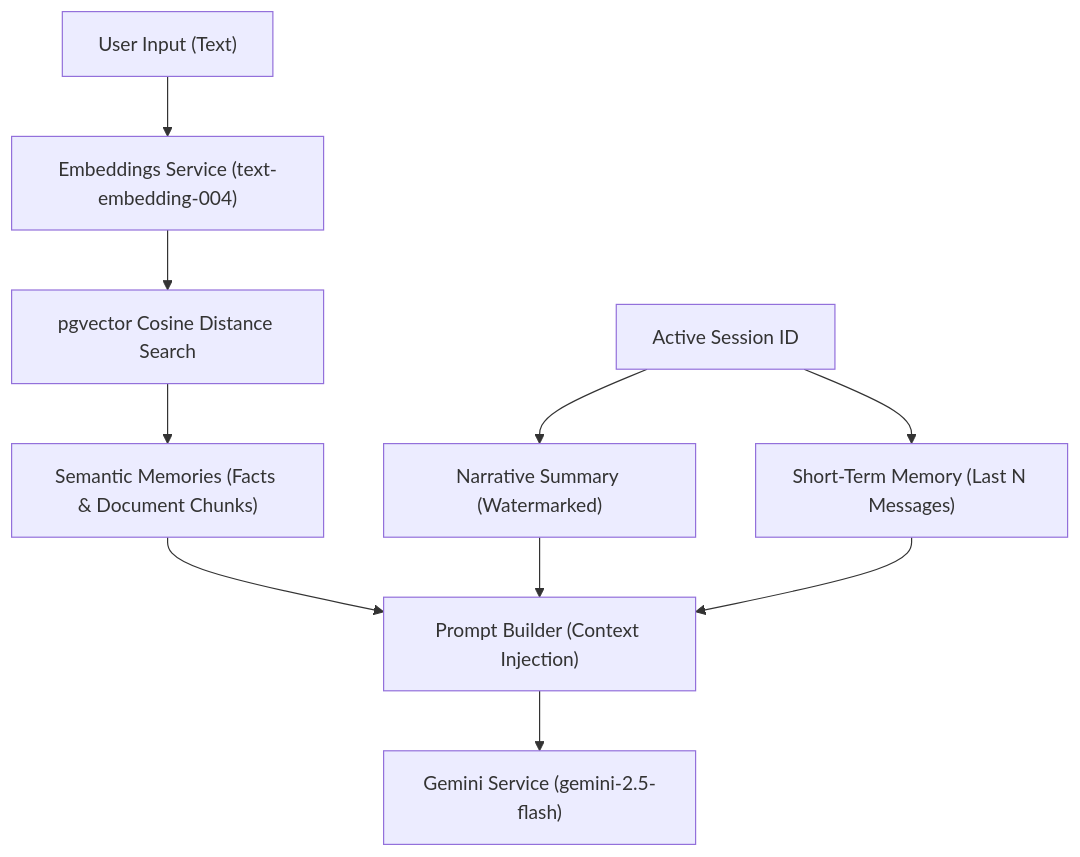
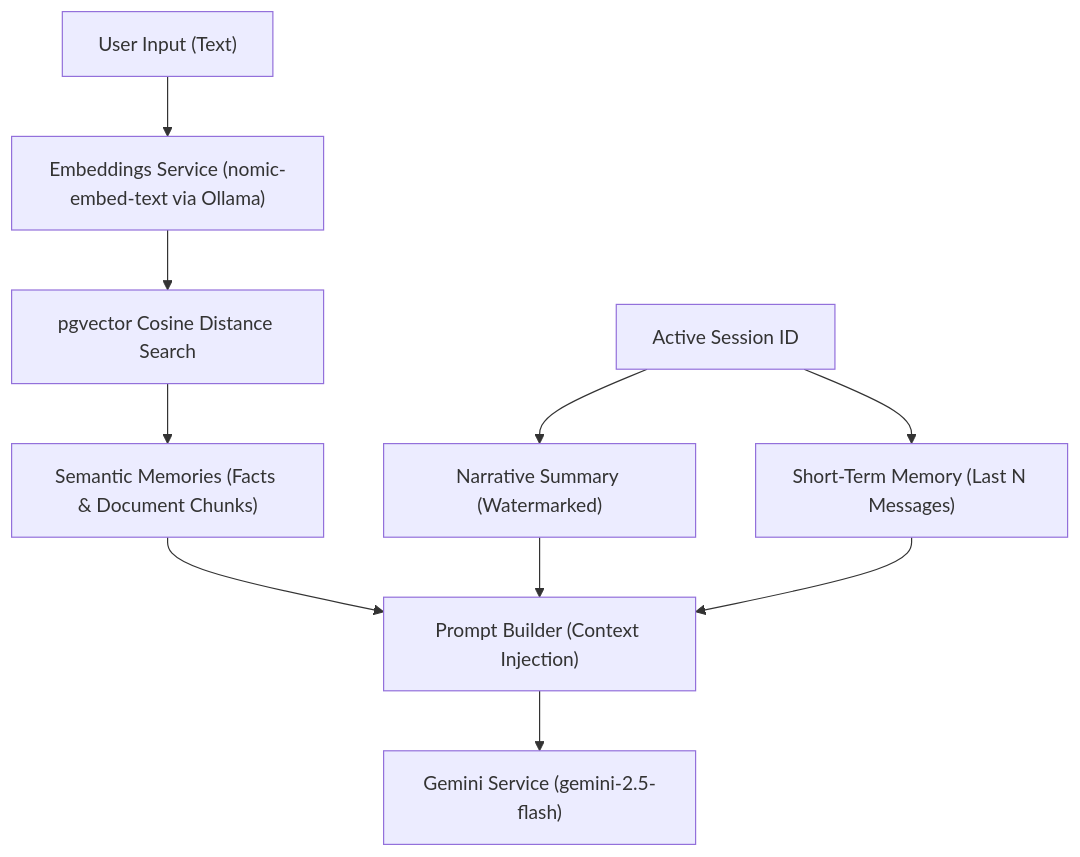
The diagram in Personas/01 — Architecture/How RAG and Persistent Memory Work.md (minhaj-mhd/personas), drawn with Mermaid before and after one commit. The commit also changed other lines of this file and 45 other files, not shown here.

````diff
--- a/Personas/01 — Architecture/How RAG and Persistent Memory Work.md
+++ b/Personas/01 — Architecture/How RAG and Persistent Memory Work.md
@@ -18,13 +18,13 @@
 ```mermaid
 graph TD
-    UserQuery["User Input (Text)"] --> EmbedQuery["Embeddings Service (text-embedding-004)"]
+    UserQuery["User Input (Text)"] --> EmbedQuery["Embeddings Service (nomic-embed-text via Ollama)"]
     EmbedQuery --> VectorSearch["pgvector Cosine Distance Search"]
     VectorSearch --> MatchMemories["Semantic Memories (Facts & Document Chunks)"]
     
     SessionID["Active Session ID"] --> LoadHistory["Short-Term Memory (Last N Messages)"]
     SessionID --> LoadSummary["Narrative Summary (Watermarked)"]
     
     MatchMemories & LoadSummary --> PromptBuilder["Prompt Builder (Context Injection)"]
     LoadHistory --> PromptBuilder
     PromptBuilder --> GeminiChat["Gemini Service (gemini-2.5-flash)"]
 ```
````
